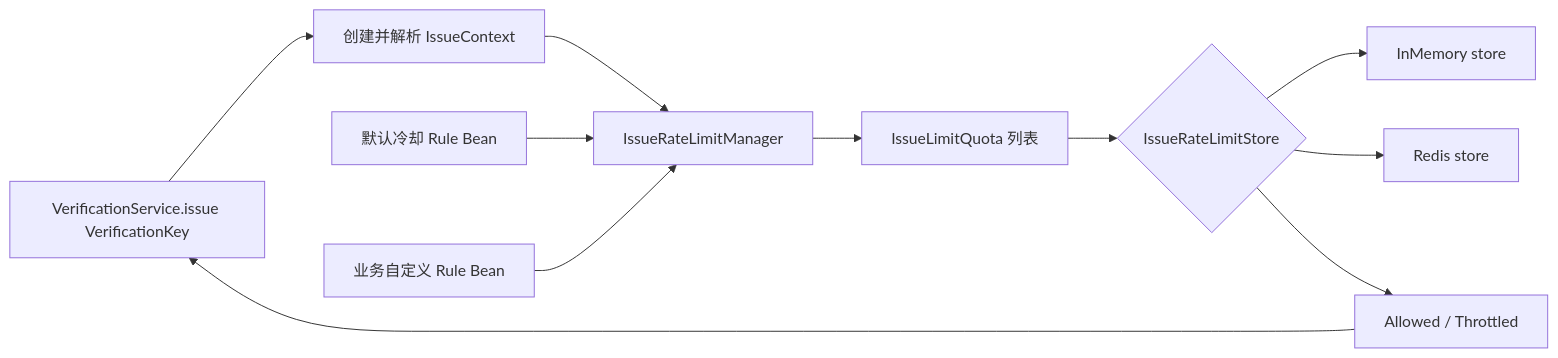
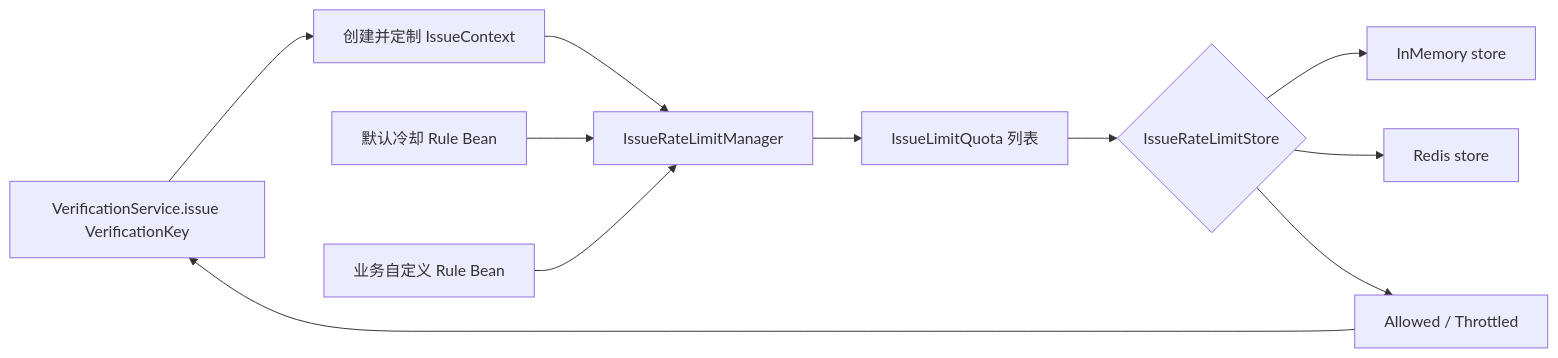
The first of 2 diagrams in ringo-boot-verification/src/main/java/io/github/ringotangs/ringoboot/verification/limit/README.md (RingoTangs/ringo-boot), drawn with Mermaid before and after one commit. The commit also changed other lines of this file and 12 other files, not shown here.

Commit message:
refactor: Remove unused IssueContextResolver and related parameters from Email/SmsVerificationService

````diff
--- a/ringo-boot-verification/src/main/java/io/github/ringotangs/ringoboot/verification/limit/README.md
+++ b/ringo-boot-verification/src/main/java/io/github/ringotangs/ringoboot/verification/limit/README.md
@@ -10,13 +10,13 @@
 ```mermaid
 flowchart LR
-    A[VerificationService.issue VerificationKey] --> B[创建并解析 IssueContext]
+    A[VerificationService.issue VerificationKey] --> B[创建并定制 IssueContext]
     B --> C[IssueRateLimitManager]
     R1[默认冷却 Rule Bean] --> C
     R2[业务自定义 Rule Bean] --> C
     C --> D[IssueLimitQuota 列表]
     D --> E{IssueRateLimitStore}
     E --> F[InMemory store]
     E --> G[Redis store]
     E --> H[Allowed / Throttled]
     H --> A
 ```
````
